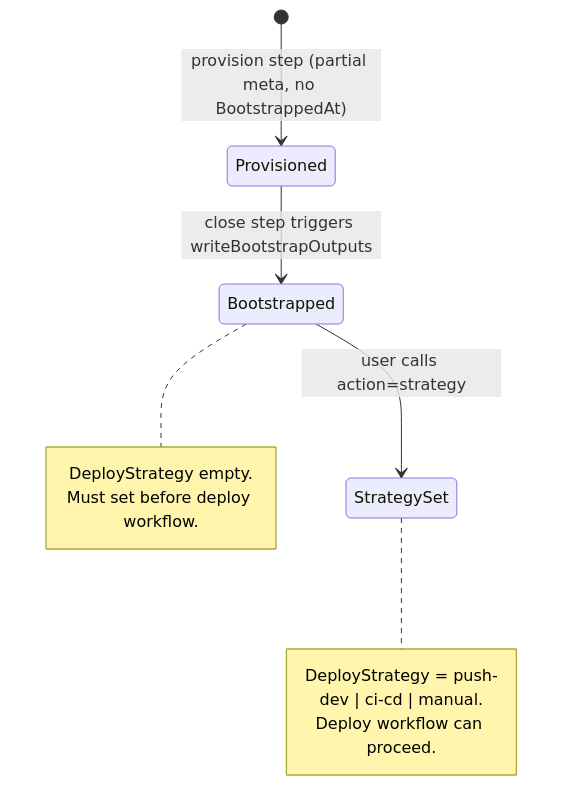
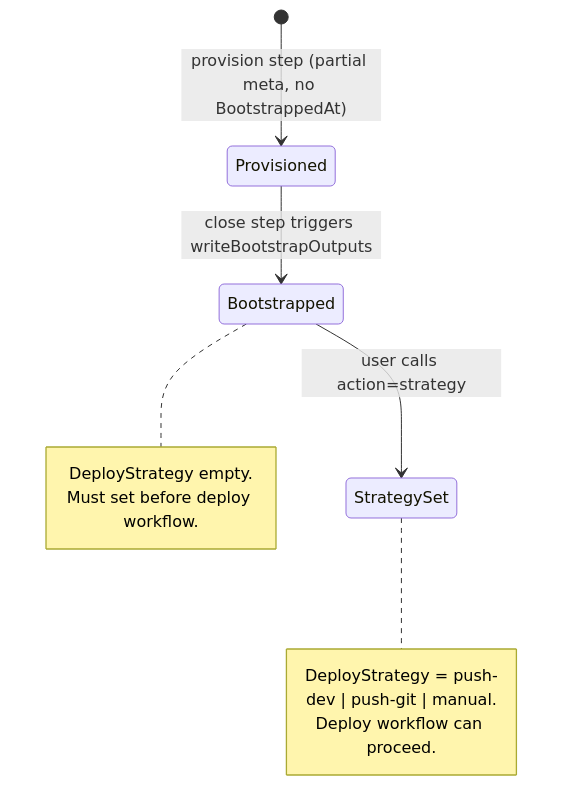
The sixth of 8 diagrams in docs/spec-bootstrap-deploy.md (zeropsio/zcp), drawn with Mermaid before and after one commit. The commit also changed other lines of this file and 3 other files, not shown here.

````diff
--- a/docs/spec-bootstrap-deploy.md
+++ b/docs/spec-bootstrap-deploy.md
@@ -746,16 +746,16 @@
 ```mermaid
 stateDiagram-v2
     [*] --> Provisioned: provision step (partial meta, no BootstrappedAt)
     Provisioned --> Bootstrapped: close step triggers writeBootstrapOutputs
     Bootstrapped --> StrategySet: user calls action=strategy
 
     note right of Bootstrapped
         DeployStrategy empty.
         Must set before deploy workflow.
     end note
 
     note right of StrategySet
-        DeployStrategy = push-dev | ci-cd | manual.
+        DeployStrategy = push-dev | push-git | manual.
         Deploy workflow can proceed.
     end note
 ```
````
